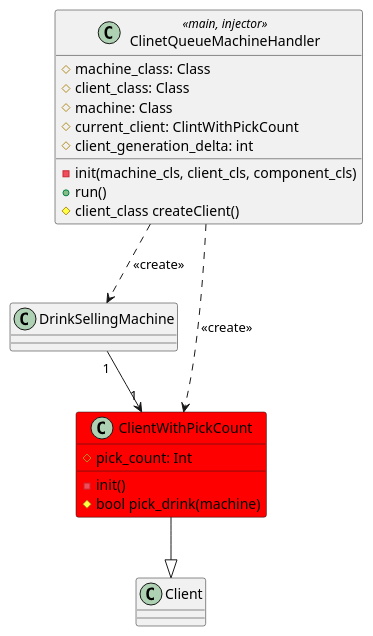
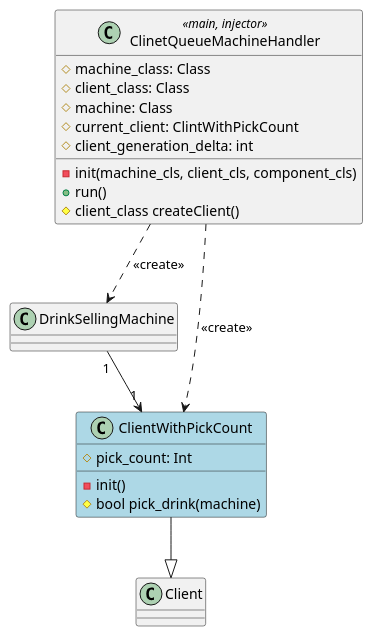
One commit to rserdyukov/programdesign-cource changed the diagram in design/problem_book/drinks-selling-machine/UML/ext2/ext2.puml. Above: the diagram before and after it, drawn with PlantUML. The commit also changed 7 other files, not shown here.

```diff
--- a/design/problem_book/drinks-selling-machine/UML/ext2/ext2.puml
+++ b/design/problem_book/drinks-selling-machine/UML/ext2/ext2.puml
@@ -1,29 +1,29 @@
 @startuml ext2
 
 class ClinetQueueMachineHandler <<main, injector>> {
   # machine_class: Class
   # client_class: Class
   # machine: Class
   # current_client: ClintWithPickCount
   # client_generation_delta: int
 
   - init(machine_cls, client_cls, component_cls)
   + run()
   # client_class createClient()
 }
 
 class DrinkSellingMachine
 class Client
-class ClientWithPickCount #red {
+class ClientWithPickCount #lightBlue {
   # pick_count: Int
 
   - init()
   # bool pick_drink(machine)
 }
 
 ClinetQueueMachineHandler ..> DrinkSellingMachine: <<create>>
 ClinetQueueMachineHandler ..> ClientWithPickCount: <<create>>
 ClientWithPickCount --|> Client
 DrinkSellingMachine "1" --> "1" ClientWithPickCount
 
 @enduml
```
